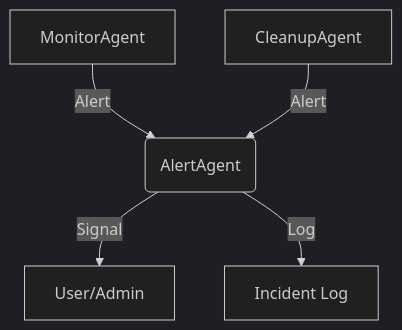
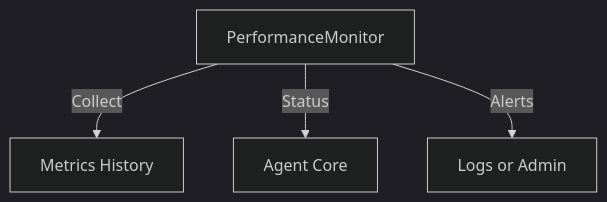
One commit to elicharlese/ECE-AGENT changed the diagram in docs/architecture/maintenance_agents.md. Above: the diagram before and after it, drawn with Mermaid (dark theme). The commit also changed other lines of this file and 99 other files, not shown here.

````diff
--- a/docs/architecture/maintenance_agents.md
+++ b/docs/architecture/maintenance_agents.md
@@ -3,7 +3,6 @@
 ```mermaid
 graph TD
-    A[MonitorAgent] -->|Alert| B(AlertAgent)
-    C[CleanupAgent] -->|Alert| B
-    B -->|Signal| D[User/Admin]
-    B -->|Log| E[Incident Log]
+    A[PerformanceMonitor] -->|Collect| B[Metrics History]
+    A -->|Status| C[Agent Core]
+    A -->|Alerts| D[Logs or Admin]
 ```
````
